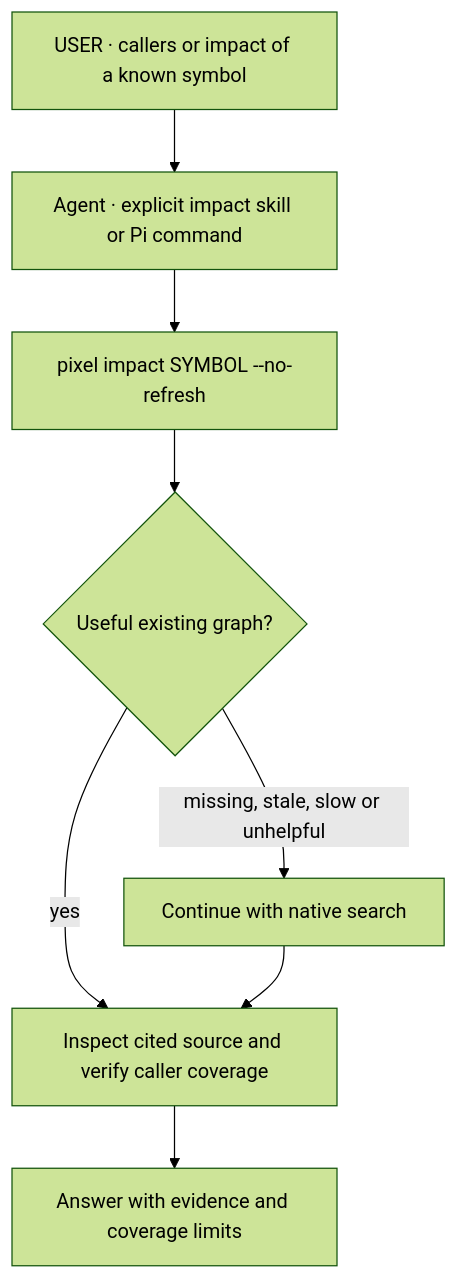
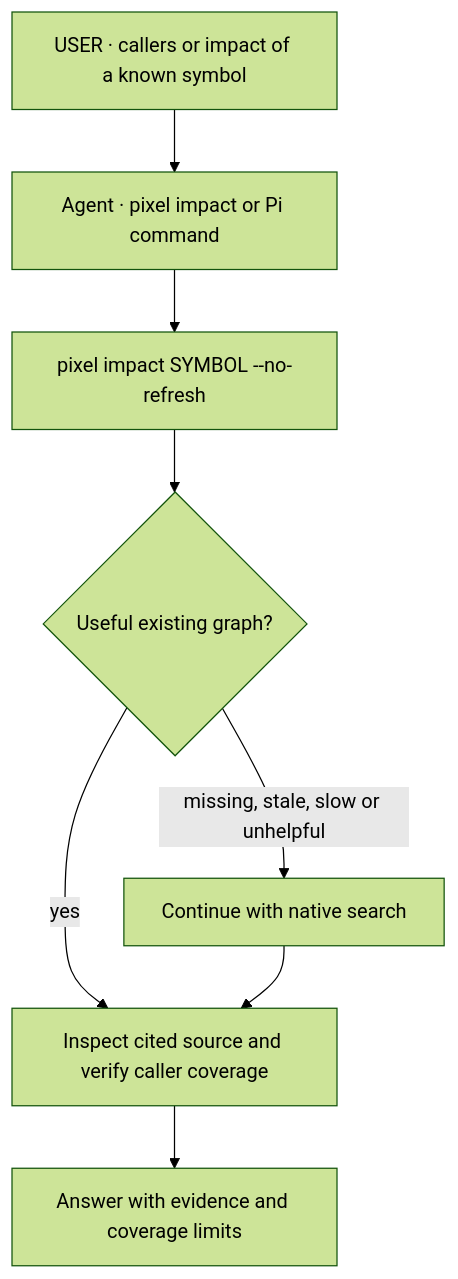
Before and after one commit to Pixel-CLI/pixel: the first of 2 diagrams in README.md, drawn with Mermaid (forest theme). The commit also changed other lines of this file and 74 other files, not shown here.

````diff
--- a/README.md
+++ b/README.md
@@ -127,10 +127,10 @@
 ```mermaid
 flowchart TD
-    U["USER · callers or impact of a known symbol"] --> L["Agent · explicit impact skill or Pi command"]
+    U["USER · callers or impact of a known symbol"] --> L["Agent · pixel impact or Pi command"]
     L --> P["pixel impact SYMBOL --no-refresh"]
     P --> E{"Useful existing graph?"}
     E -->|yes| A["Inspect cited source and verify caller coverage"]
     E -->|missing, stale, slow or unhelpful| N["Continue with native search"]
     N --> A
     A --> F["Answer with evidence and coverage limits"]
 ```
````
